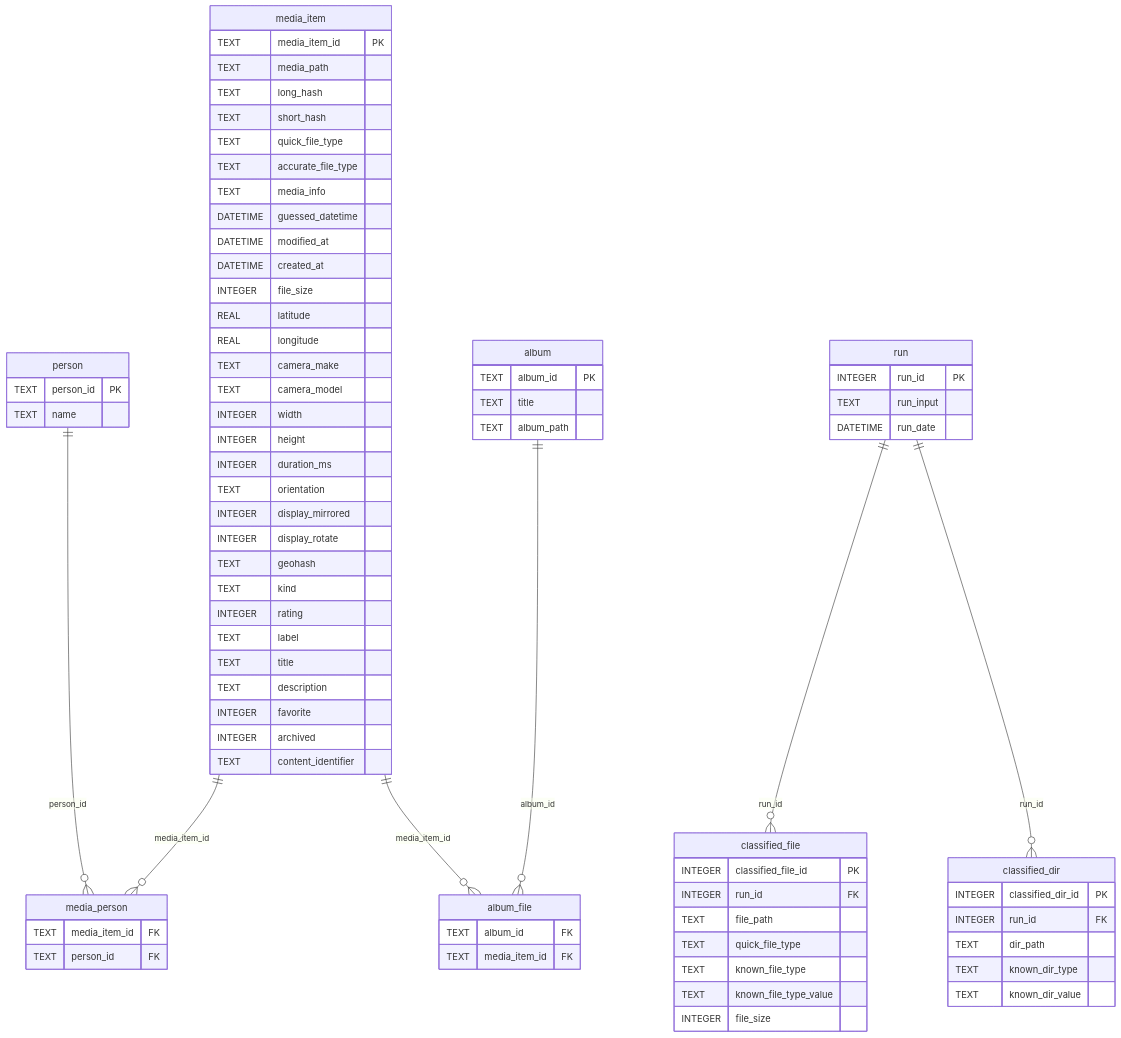
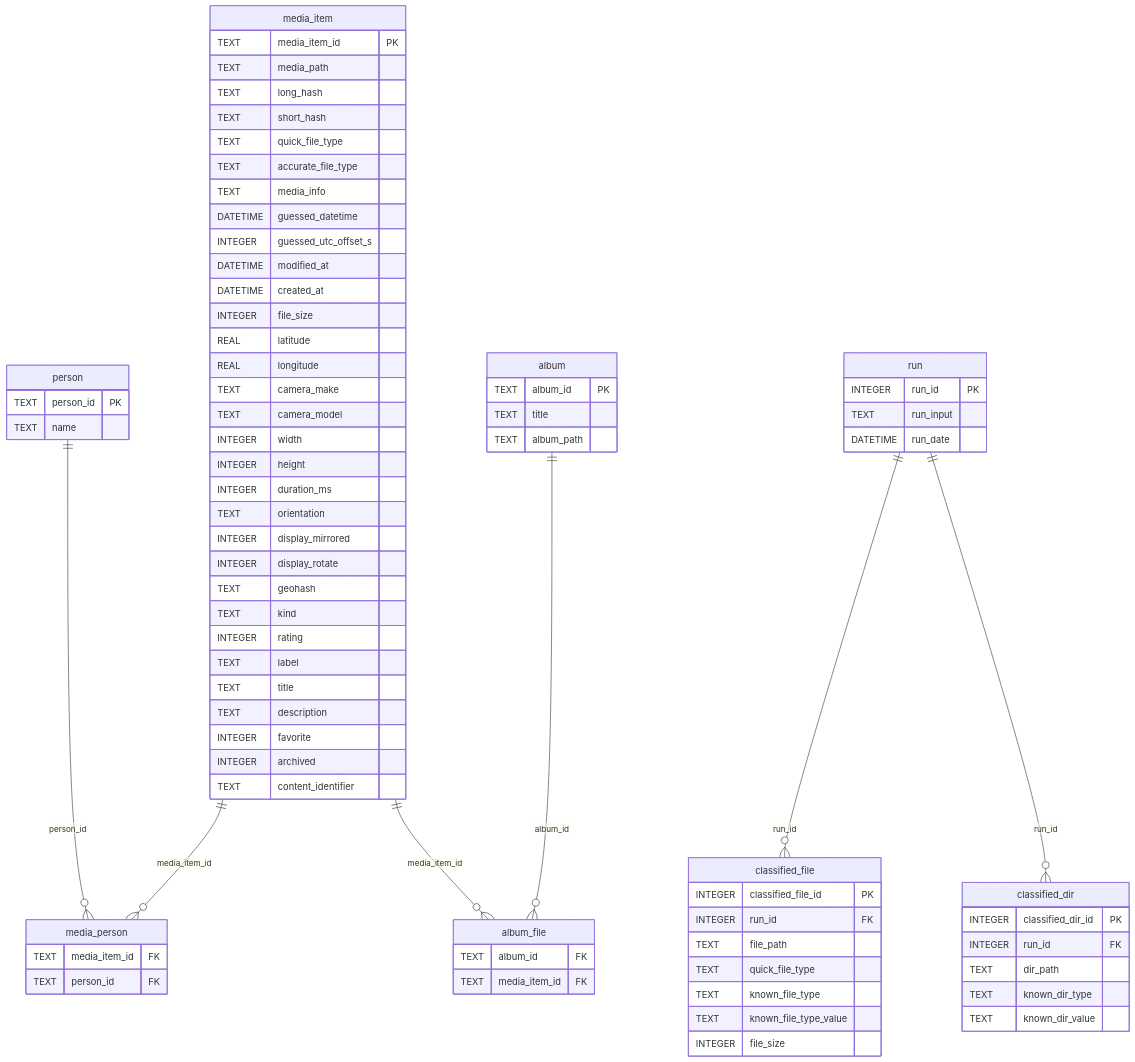
One commit to paultuckey/ptsync changed the diagram in docs/db-schema.md. Above: the diagram before and after it, drawn with Mermaid. The commit also changed 14 other files, not shown here.

````diff
--- a/docs/db-schema.md
+++ b/docs/db-schema.md
@@ -6,79 +6,80 @@
 ```mermaid
 erDiagram
     media_item ||--o{ media_person : "media_item_id"
     person ||--o{ media_person : "person_id"
     album ||--o{ album_file : "album_id"
     media_item ||--o{ album_file : "media_item_id"
     run ||--o{ classified_file : "run_id"
     run ||--o{ classified_dir : "run_id"
     media_item {
         TEXT media_item_id PK
         TEXT media_path
         TEXT long_hash
         TEXT short_hash
         TEXT quick_file_type
         TEXT accurate_file_type
         TEXT media_info
         DATETIME guessed_datetime
+        INTEGER guessed_utc_offset_s
         DATETIME modified_at
         DATETIME created_at
         INTEGER file_size
         REAL latitude
         REAL longitude
         TEXT camera_make
         TEXT camera_model
         INTEGER width
         INTEGER height
         INTEGER duration_ms
         TEXT orientation
         INTEGER display_mirrored
         INTEGER display_rotate
         TEXT geohash
         TEXT kind
         INTEGER rating
         TEXT label
         TEXT title
         TEXT description
         INTEGER favorite
         INTEGER archived
         TEXT content_identifier
     }
     person {
         TEXT person_id PK
         TEXT name
     }
     media_person {
         TEXT media_item_id FK
         TEXT person_id FK
     }
     album {
         TEXT album_id PK
         TEXT title
         TEXT album_path
     }
     album_file {
         TEXT album_id FK
         TEXT media_item_id FK
     }
     run {
         INTEGER run_id PK
         TEXT run_input
         DATETIME run_date
     }
     classified_file {
         INTEGER classified_file_id PK
         INTEGER run_id FK
         TEXT file_path
         TEXT quick_file_type
         TEXT known_file_type
         TEXT known_file_type_value
         INTEGER file_size
     }
     classified_dir {
         INTEGER classified_dir_id PK
         INTEGER run_id FK
         TEXT dir_path
         TEXT known_dir_type
         TEXT known_dir_value
     }
 ```
````
